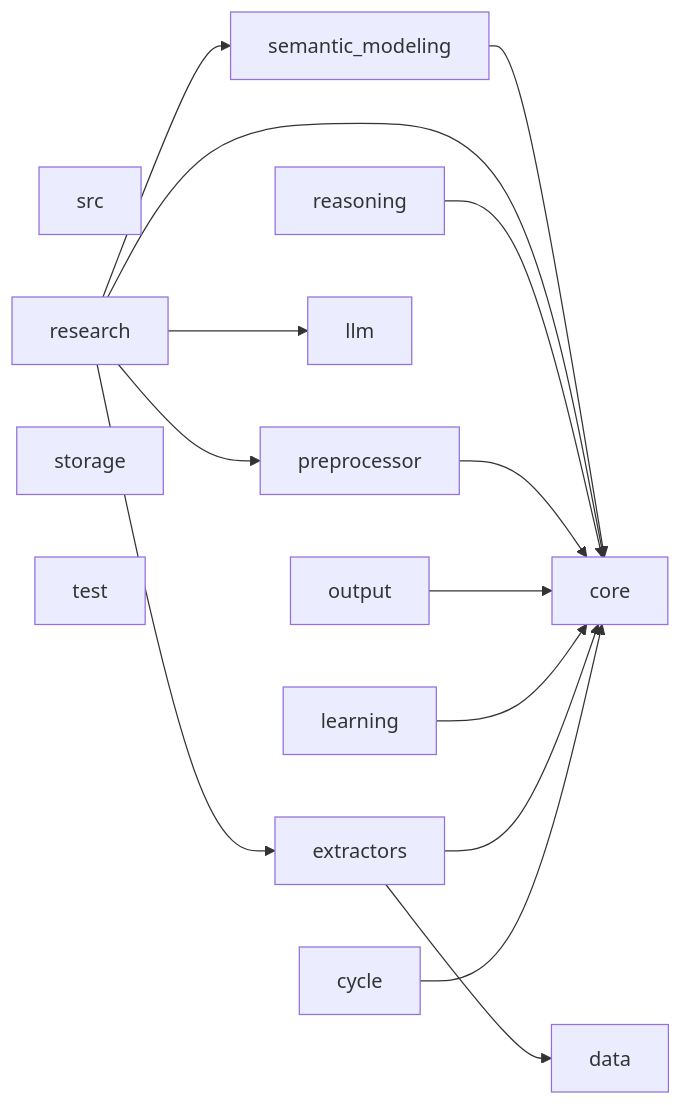
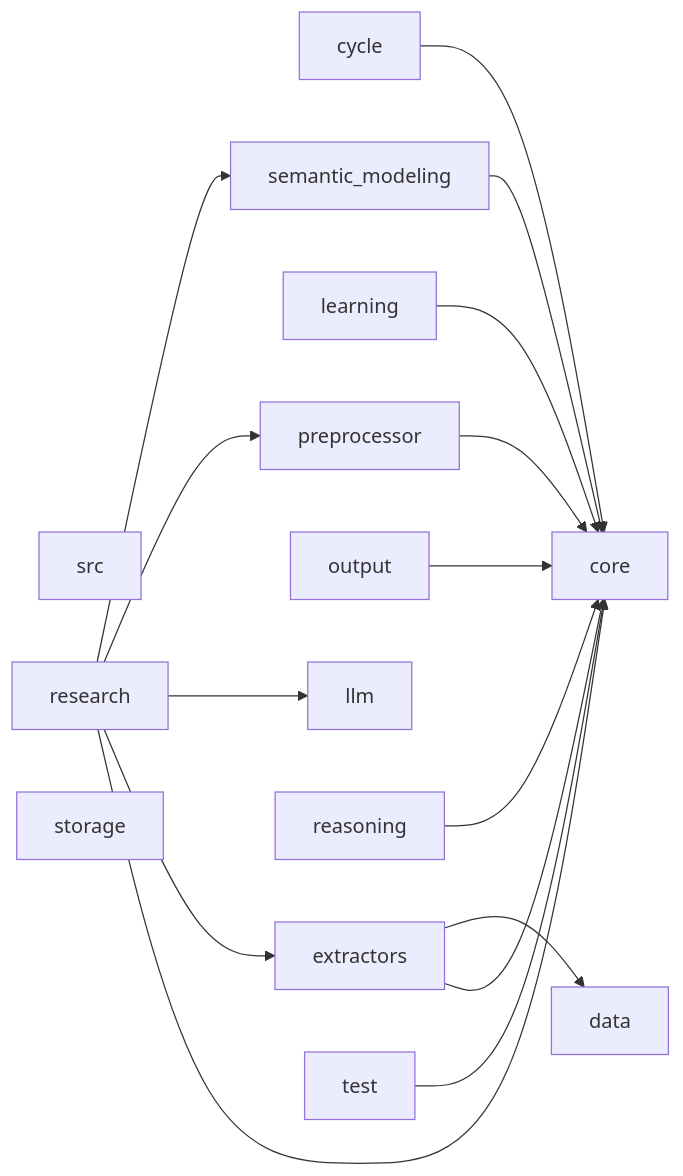
One commit to guose1314/tcmautoresearch changed the diagram in docs/architecture/dependency-graph.md. Above: the diagram before and after it, drawn with Mermaid. The commit also changed other lines of this file and 72 other files, not shown here.

````diff
--- a/docs/architecture/dependency-graph.md
+++ b/docs/architecture/dependency-graph.md
@@ -14,30 +14,31 @@
 ```mermaid
 flowchart LR
     src["src"]
     src_core["core"]
     src_cycle["cycle"]
     src_data["data"]
     src_extractors["extractors"]
     src_learning["learning"]
     src_llm["llm"]
     src_output["output"]
     src_preprocessor["preprocessor"]
     src_reasoning["reasoning"]
     src_research["research"]
     src_semantic_modeling["semantic_modeling"]
     src_storage["storage"]
     src_test["test"]
     src_cycle --> src_core
     src_extractors --> src_core
     src_extractors --> src_data
     src_learning --> src_core
     src_output --> src_core
     src_preprocessor --> src_core
     src_reasoning --> src_core
     src_research --> src_core
     src_research --> src_extractors
     src_research --> src_llm
     src_research --> src_preprocessor
     src_research --> src_semantic_modeling
     src_semantic_modeling --> src_core
+    src_test --> src_core
 ```
````
